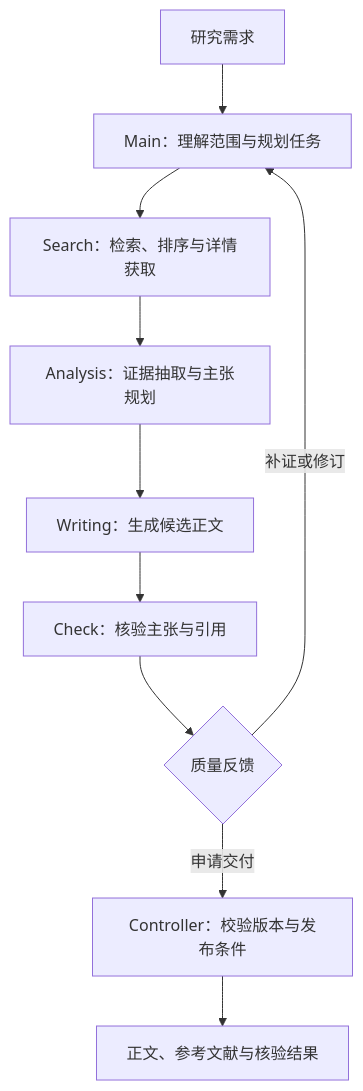
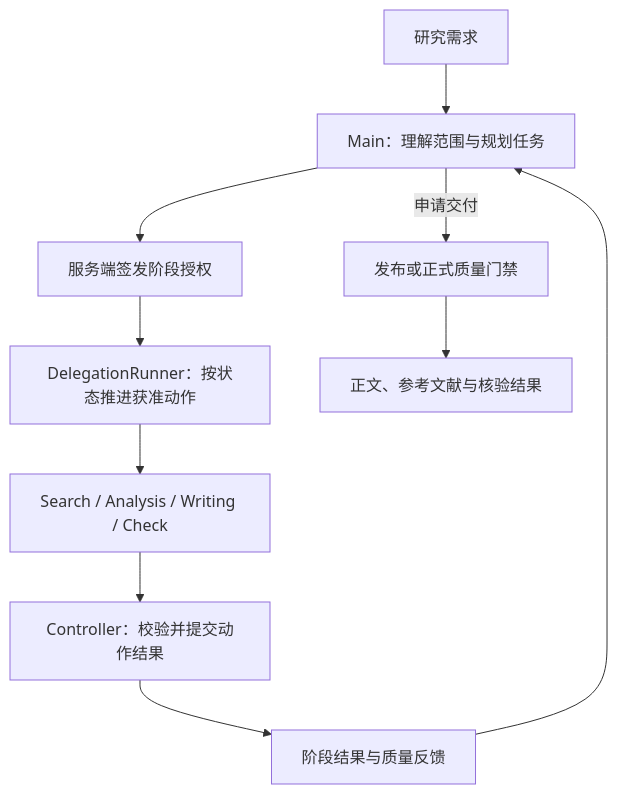
One commit to Pryer/ResearchReview-Agent changed the diagram in README.md. Above: the diagram before and after it, drawn with Mermaid. The commit also changed other lines of this file and 181 other files, not shown here.

````diff
--- a/README.md
+++ b/README.md
@@ -141,12 +141,12 @@
 ```mermaid
 flowchart TD
     U[研究需求] --> M[Main：理解范围与规划任务]
-    M --> S[Search：检索、排序与详情获取]
-    S --> A[Analysis：证据抽取与主张规划]
-    A --> W[Writing：生成候选正文]
-    W --> C[Check：核验主张与引用]
-    C --> F{质量反馈}
-    F -->|补证或修订| M
-    F -->|申请交付| D[Controller：校验版本与发布条件]
+    M --> G[服务端签发阶段授权]
+    G --> R[DelegationRunner：按状态推进获准动作]
+    R --> S[Search / Analysis / Writing / Check]
+    S --> C[Controller：校验并提交动作结果]
+    C --> F[阶段结果与质量反馈]
+    F --> M
+    M -->|申请交付| D[发布或正式质量门禁]
     D --> O[正文、参考文献与核验结果]
 ```
````
